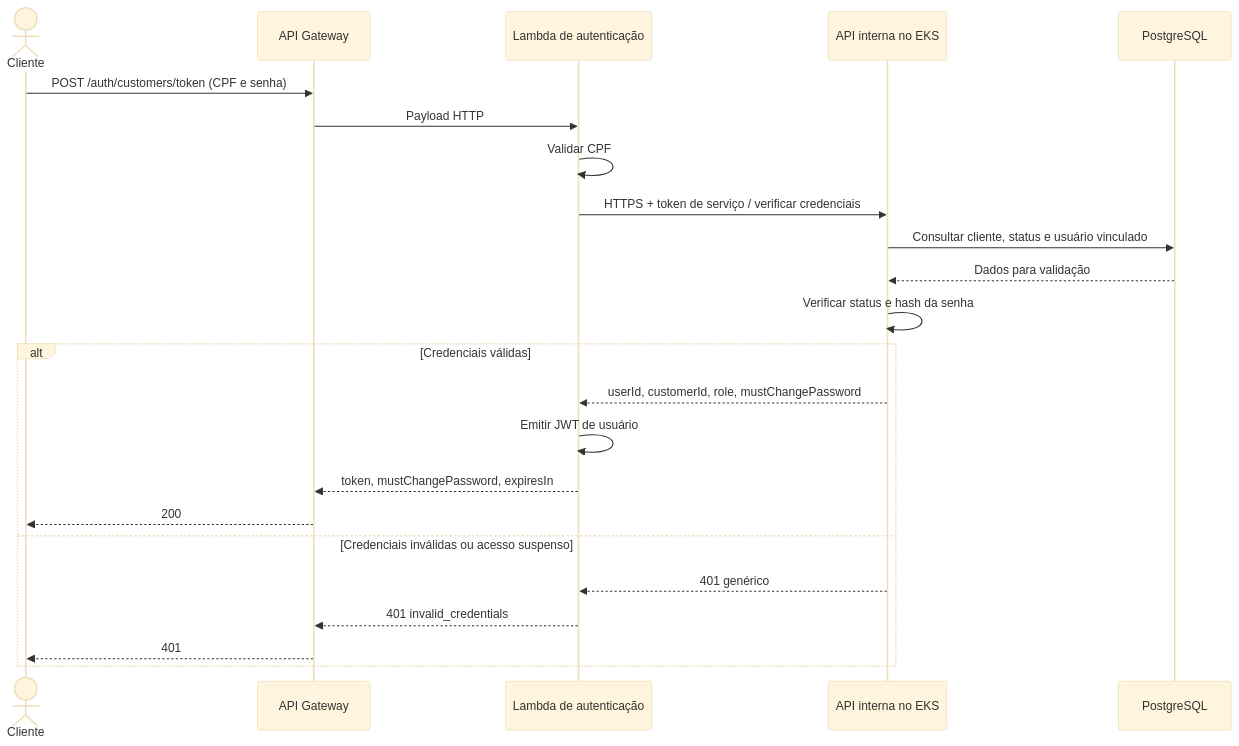
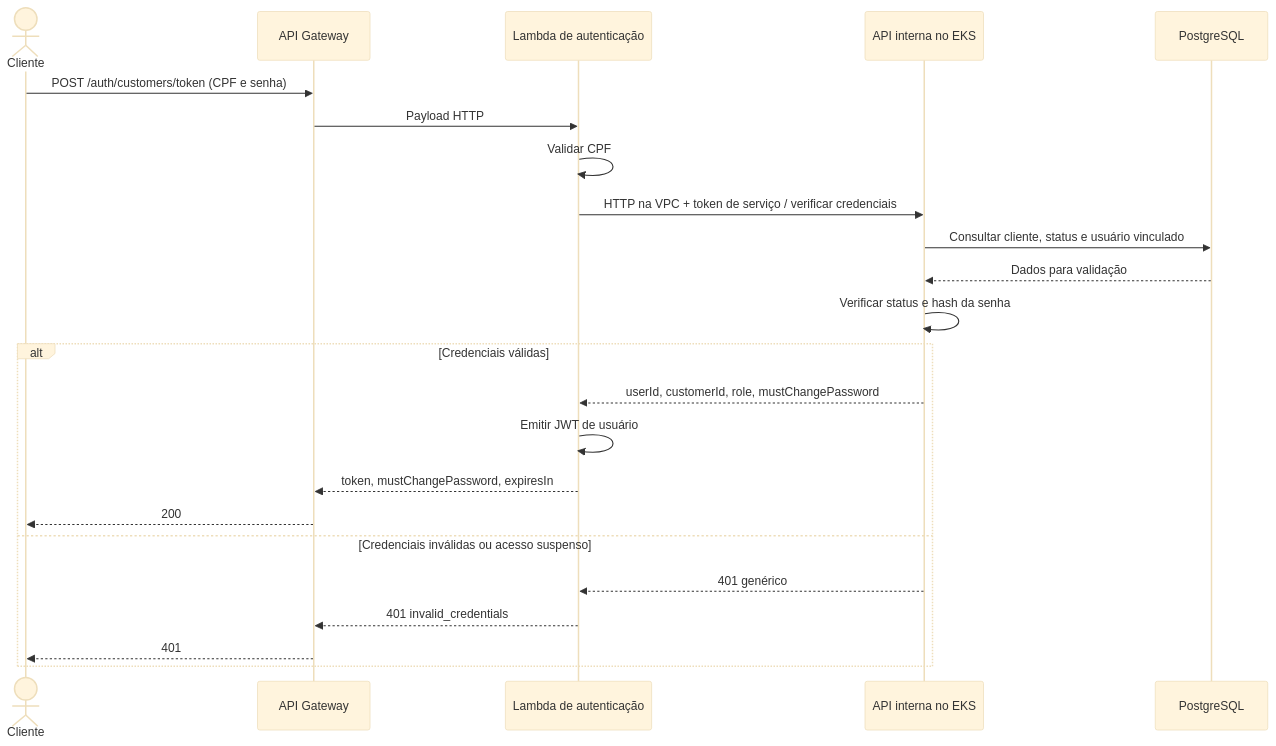
The second of 3 diagrams in docs/architecture/rfcs/0001-phase-3-platform-and-identity.md (DiegoRugue/GarageFlow), drawn with Mermaid (base theme) before and after one commit. The commit also changed other lines of this file and 22 other files, not shown here.

````diff
--- a/docs/architecture/rfcs/0001-phase-3-platform-and-identity.md
+++ b/docs/architecture/rfcs/0001-phase-3-platform-and-identity.md
@@ -163,25 +175,25 @@
 ```mermaid
 sequenceDiagram
     actor Customer as Cliente
     participant Gateway as API Gateway
     participant Login as Lambda de autenticação
     participant Api as API interna no EKS
     participant Db as PostgreSQL
     Customer->>Gateway: POST /auth/customers/token (CPF e senha)
     Gateway->>Login: Payload HTTP
     Login->>Login: Validar CPF
-    Login->>Api: HTTPS + token de serviço / verificar credenciais
+    Login->>Api: HTTP na VPC + token de serviço / verificar credenciais
     Api->>Db: Consultar cliente, status e usuário vinculado
     Db-->>Api: Dados para validação
     Api->>Api: Verificar status e hash da senha
     alt Credenciais válidas
         Api-->>Login: userId, customerId, role, mustChangePassword
         Login->>Login: Emitir JWT de usuário
         Login-->>Gateway: token, mustChangePassword, expiresIn
         Gateway-->>Customer: 200
     else Credenciais inválidas ou acesso suspenso
         Api-->>Login: 401 genérico
         Login-->>Gateway: 401 invalid_credentials
         Gateway-->>Customer: 401
     end
 ```
````
